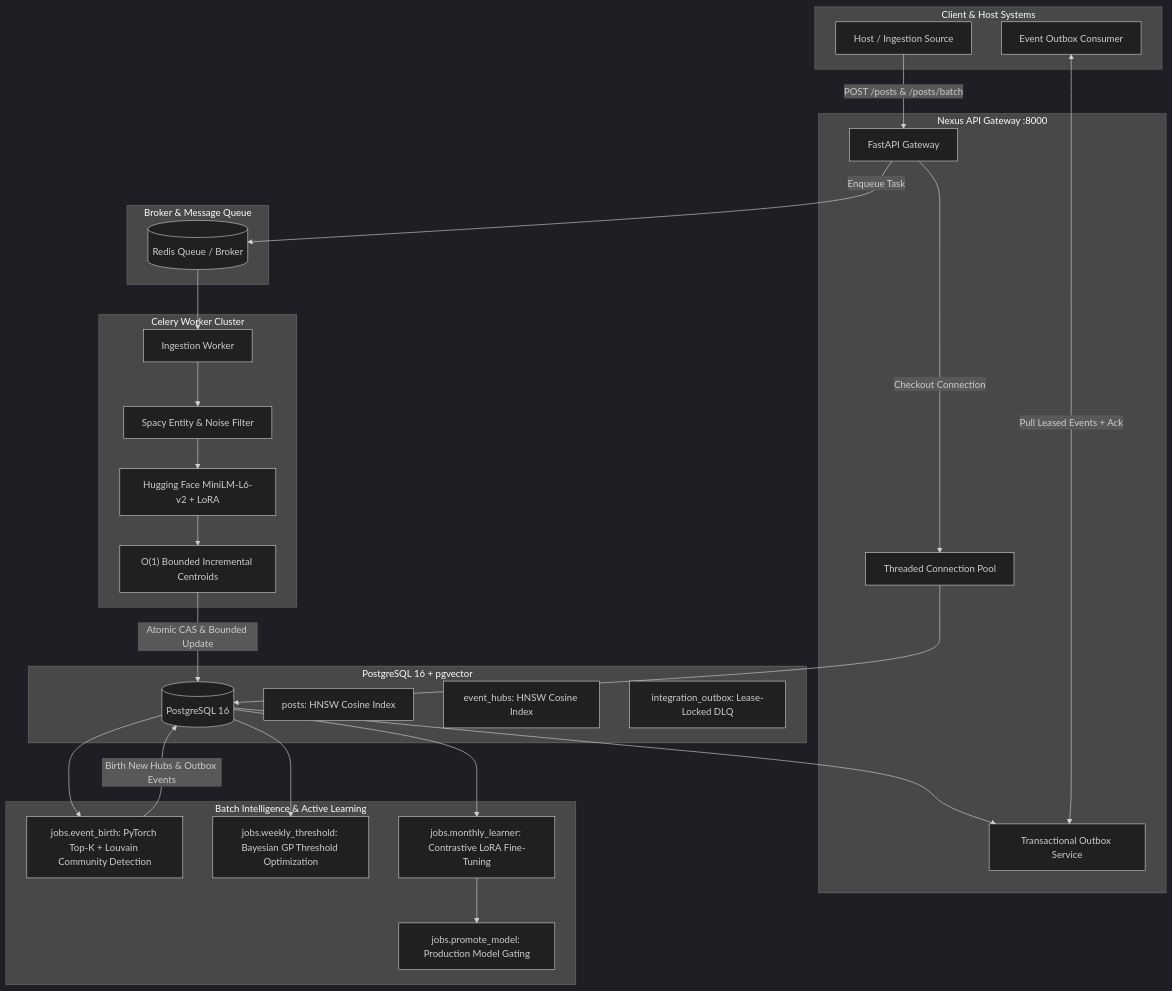
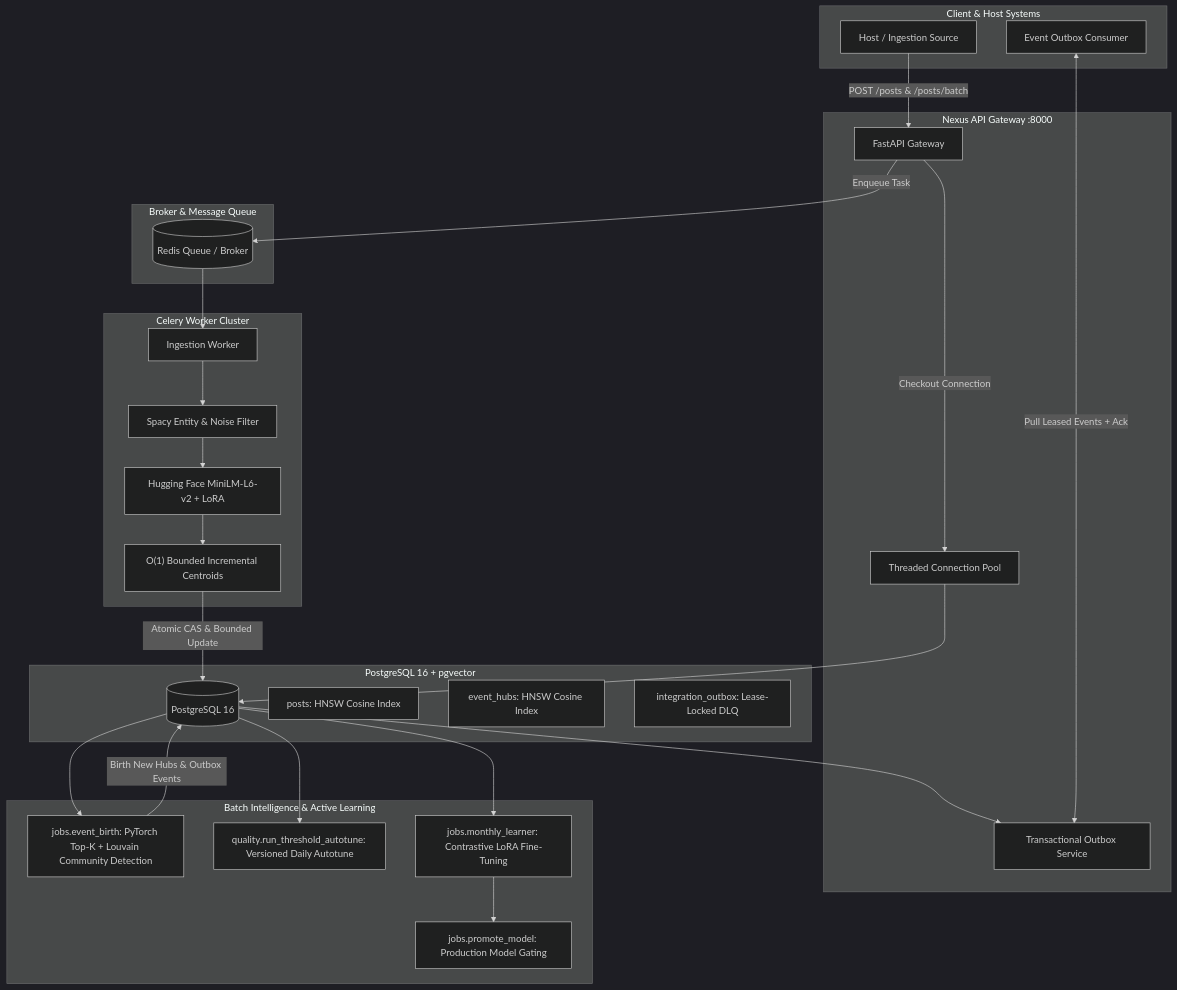
One commit to saleke/nexus changed the diagram in README.md. Above: the diagram before and after it, drawn with Mermaid (dark theme). The commit also changed other lines of this file and 17 other files, not shown here.

````diff
--- a/README.md
+++ b/README.md
@@ -29,59 +29,59 @@
 ```mermaid
 flowchart TD
     subgraph ClientLayer [Client & Host Systems]
         Client[Host / Ingestion Source]
         Consumer[Event Outbox Consumer]
     end
 
     subgraph IngestionGateway ["Nexus API Gateway :8000"]
         API[FastAPI Gateway]
         Pool[Threaded Connection Pool]
         OutboxAPI[Transactional Outbox Service]
     end
 
     subgraph QueueBroker [Broker & Message Queue]
         RedisQueue[(Redis Queue / Broker)]
     end
 
     subgraph IngestionWorker [Celery Worker Cluster]
         Worker[Ingestion Worker]
         NLP[Spacy Entity & Noise Filter]
         ModelEngine["Hugging Face MiniLM-L6-v2 + LoRA"]
         CentroidCalc["O(1) Bounded Incremental Centroids"]
     end
 
     subgraph StorageLayer [PostgreSQL 16 + pgvector]
         DB[(PostgreSQL 16)]
         PostsTable[posts: HNSW Cosine Index]
         HubsTable[event_hubs: HNSW Cosine Index]
         OutboxTable[integration_outbox: Lease-Locked DLQ]
     end
 
     subgraph BatchEngine [Batch Intelligence & Active Learning]
         BirthJob["jobs.event_birth: PyTorch Top-K + Louvain Community Detection"]
-        WeeklyJob["jobs.weekly_threshold: Bayesian GP Threshold Optimization"]
+        WeeklyJob["quality.run_threshold_autotune: Versioned Daily Autotune"]
         MonthlyJob["jobs.monthly_learner: Contrastive LoRA Fine-Tuning"]
         PromoteJob[jobs.promote_model: Production Model Gating]
     end
 
     Client -->|POST /posts & /posts/batch| API
     API -->|Checkout Connection| Pool
     Pool --> DB
     API -->|Enqueue Task| RedisQueue
     RedisQueue --> Worker
     Worker --> NLP
     NLP --> ModelEngine
     ModelEngine --> CentroidCalc
     CentroidCalc -->|Atomic CAS & Bounded Update| DB
 
     DB --> BirthJob
     BirthJob -->|Birth New Hubs & Outbox Events| DB
 
     DB --> OutboxAPI
     Consumer <-->|Pull Leased Events + Ack| OutboxAPI
 
     DB --> WeeklyJob
     DB --> MonthlyJob
     MonthlyJob --> PromoteJob
 
 ```
````
